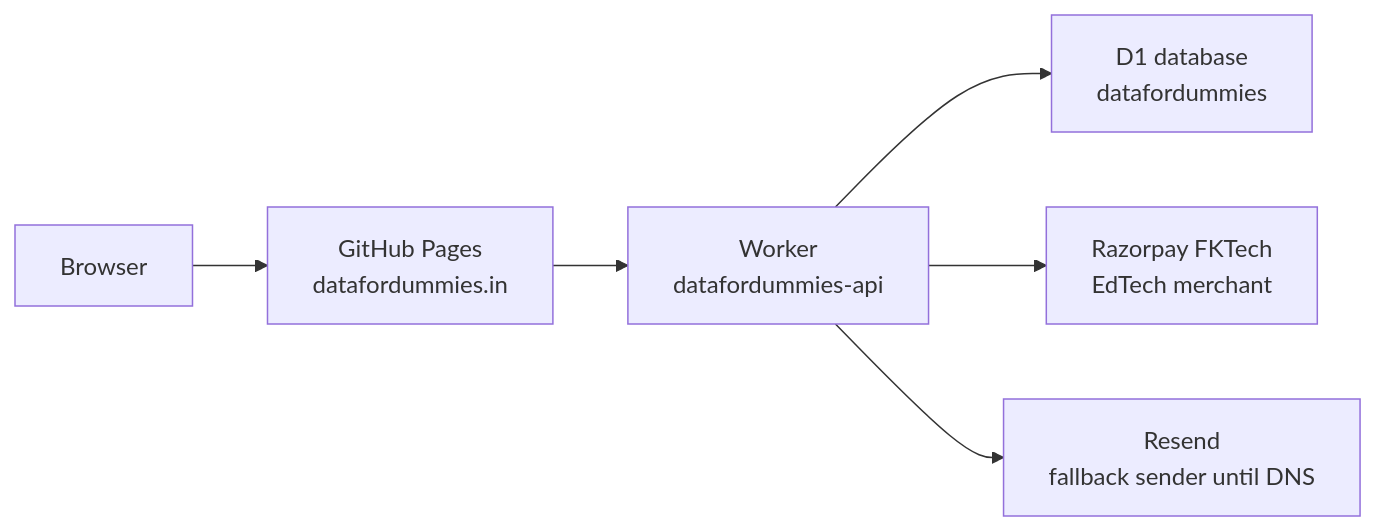
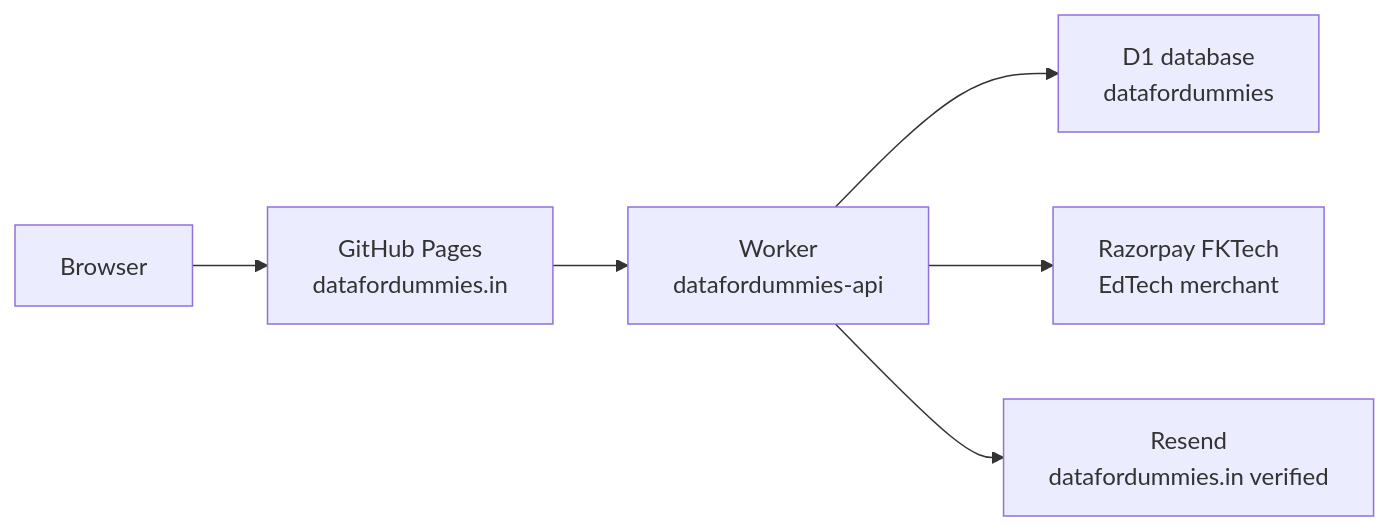
One commit to fkhambaty/datafordummies changed the diagram in ARCHITECTURE.md. Above: the diagram before and after it, drawn with Mermaid. The commit also changed other lines of this file and 67 other files, not shown here.

Commit message:
Harden production flows and preserve generated site

````diff
--- a/ARCHITECTURE.md
+++ b/ARCHITECTURE.md
@@ -30,14 +32,14 @@
 ```mermaid
 flowchart LR
   browser[Browser]
   pages["GitHub Pages<br/>datafordummies.in"]
   worker["Worker<br/>datafordummies-api"]
   d1["D1 database<br/>datafordummies"]
   razor["Razorpay FKTech<br/>EdTech merchant"]
-  mail["Resend<br/>fallback sender until DNS"]
+  mail["Resend<br/>datafordummies.in verified"]
   browser --> pages
   pages --> worker
   worker --> d1
   worker --> razor
   worker --> mail
 ```
````
